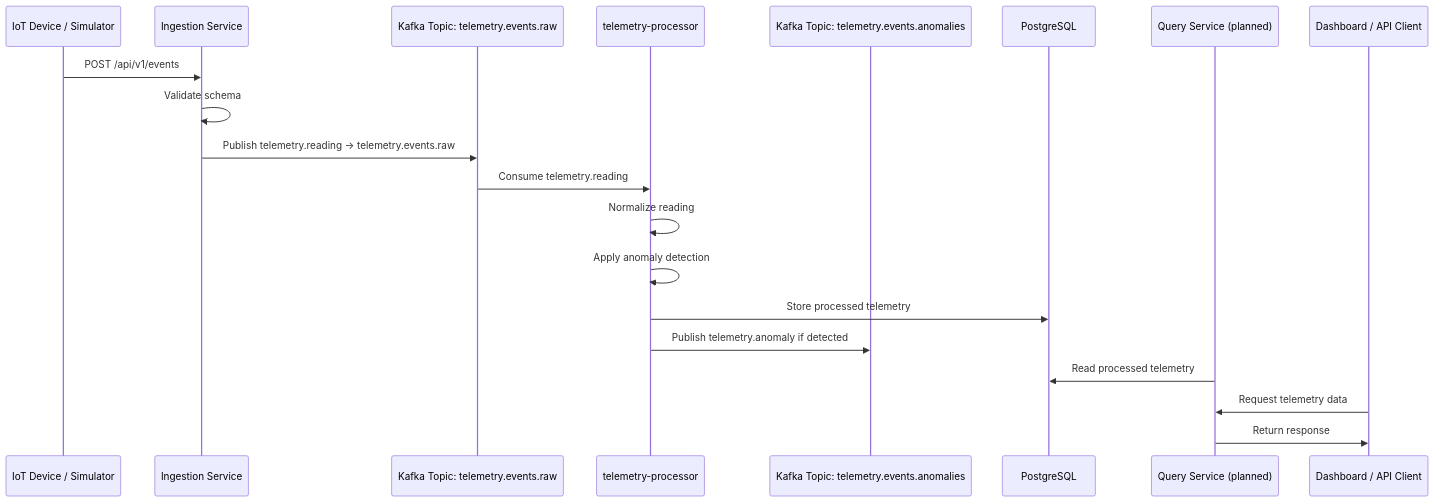
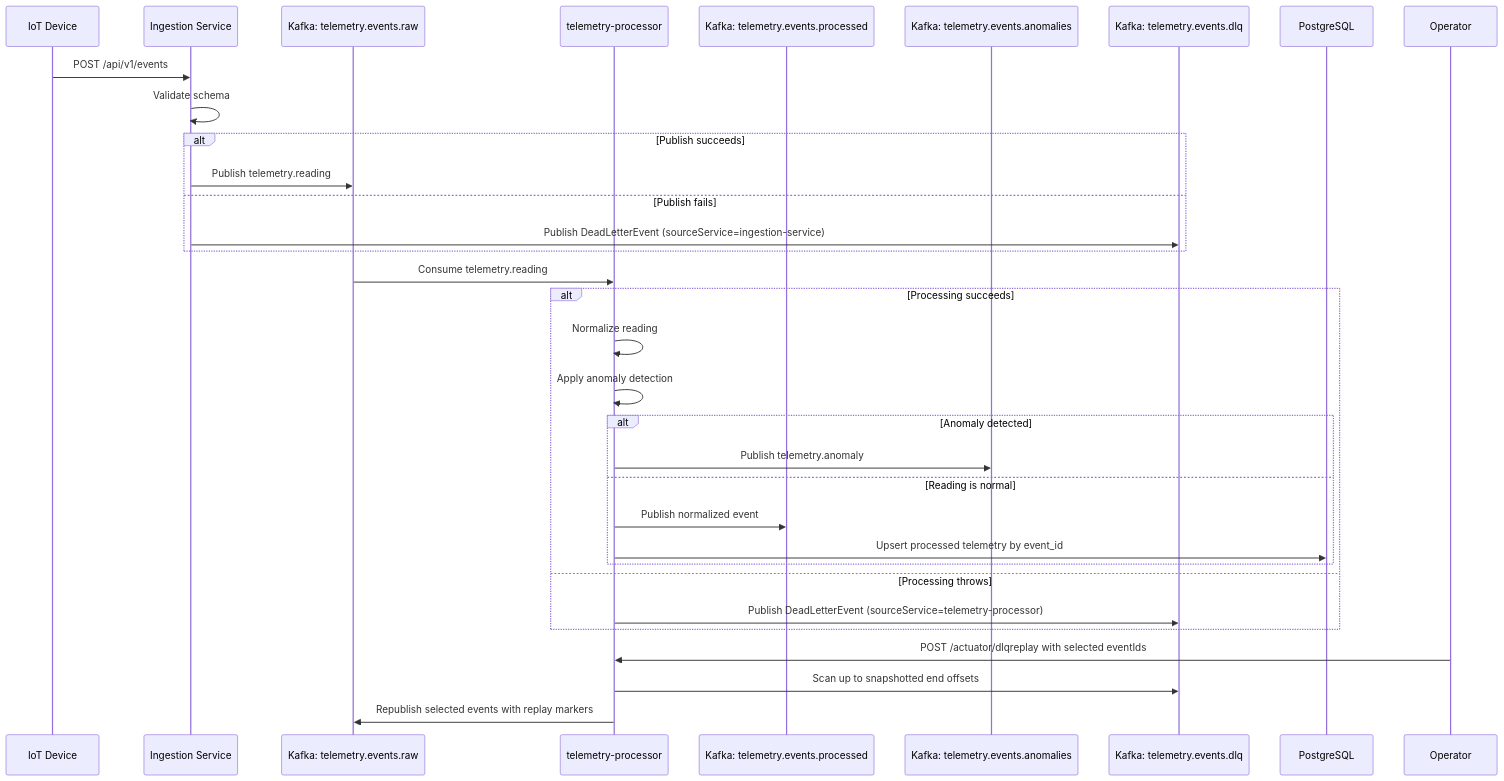
The diagram in docs/diagrams/event-flow.md (ME-Massine/pulsestream), drawn with Mermaid before and after one commit. The commit also changed other lines of this file and 14 other files, not shown here.

First line of the commit message:
docs: synchronize project state, roadmap, and diagrams (#261)

````diff
--- a/docs/diagrams/event-flow.md
+++ b/docs/diagrams/event-flow.md
@@ -5,23 +5,38 @@
 ```mermaid
 sequenceDiagram
-    participant Device as IoT Device / Simulator
+    participant Device as IoT Device
     participant Ingestion as Ingestion Service
-    participant Kafka as Kafka Topic: telemetry.events.raw
+    participant Raw as Kafka: telemetry.events.raw
     participant Processor as telemetry-processor
-    participant Anomalies as Kafka Topic: telemetry.events.anomalies
+    participant Processed as Kafka: telemetry.events.processed
+    participant Anomalies as Kafka: telemetry.events.anomalies
+    participant DLQ as Kafka: telemetry.events.dlq
     participant DB as PostgreSQL
-    participant Query as Query Service (planned)
-    participant Dashboard as Dashboard / API Client
+    participant Operator as Operator
 
     Device->>Ingestion: POST /api/v1/events
     Ingestion->>Ingestion: Validate schema
-    Ingestion->>Kafka: Publish telemetry.reading → telemetry.events.raw
-    Kafka->>Processor: Consume telemetry.reading
-    Processor->>Processor: Normalize reading
-    Processor->>Processor: Apply anomaly detection
-    Processor->>DB: Store processed telemetry
-    Processor->>Anomalies: Publish telemetry.anomaly if detected
-    Query->>DB: Read processed telemetry
-    Dashboard->>Query: Request telemetry data
-    Query->>Dashboard: Return response
+    alt Publish succeeds
+        Ingestion->>Raw: Publish telemetry.reading
+    else Publish fails
+        Ingestion->>DLQ: Publish DeadLetterEvent (sourceService=ingestion-service)
+    end
+
+    Raw->>Processor: Consume telemetry.reading
+    alt Processing succeeds
+        Processor->>Processor: Normalize reading
+        Processor->>Processor: Apply anomaly detection
+        alt Anomaly detected
+            Processor->>Anomalies: Publish telemetry.anomaly
+        else Reading is normal
+            Processor->>Processed: Publish normalized event
+            Processor->>DB: Upsert processed telemetry by event_id
+        end
+    else Processing throws
+        Processor->>DLQ: Publish DeadLetterEvent (sourceService=telemetry-processor)
+    end
+
+    Operator->>Processor: POST /actuator/dlqreplay with selected eventIds
+    Processor->>DLQ: Scan up to snapshotted end offsets
+    Processor->>Raw: Republish selected events with replay markers
 ```
````
